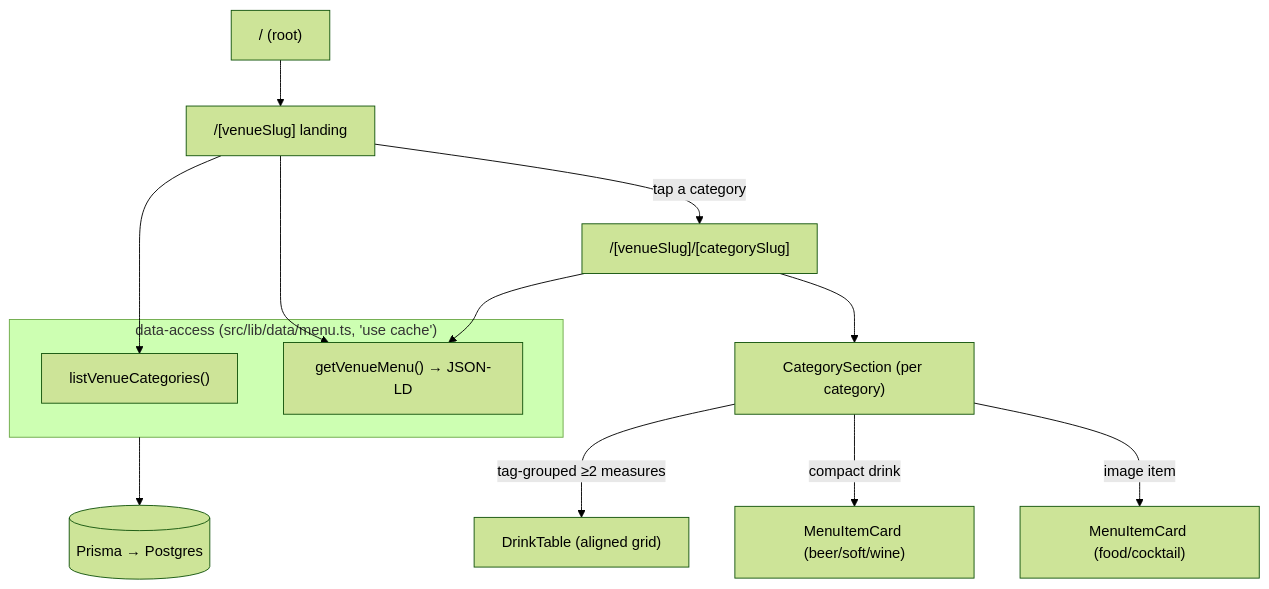
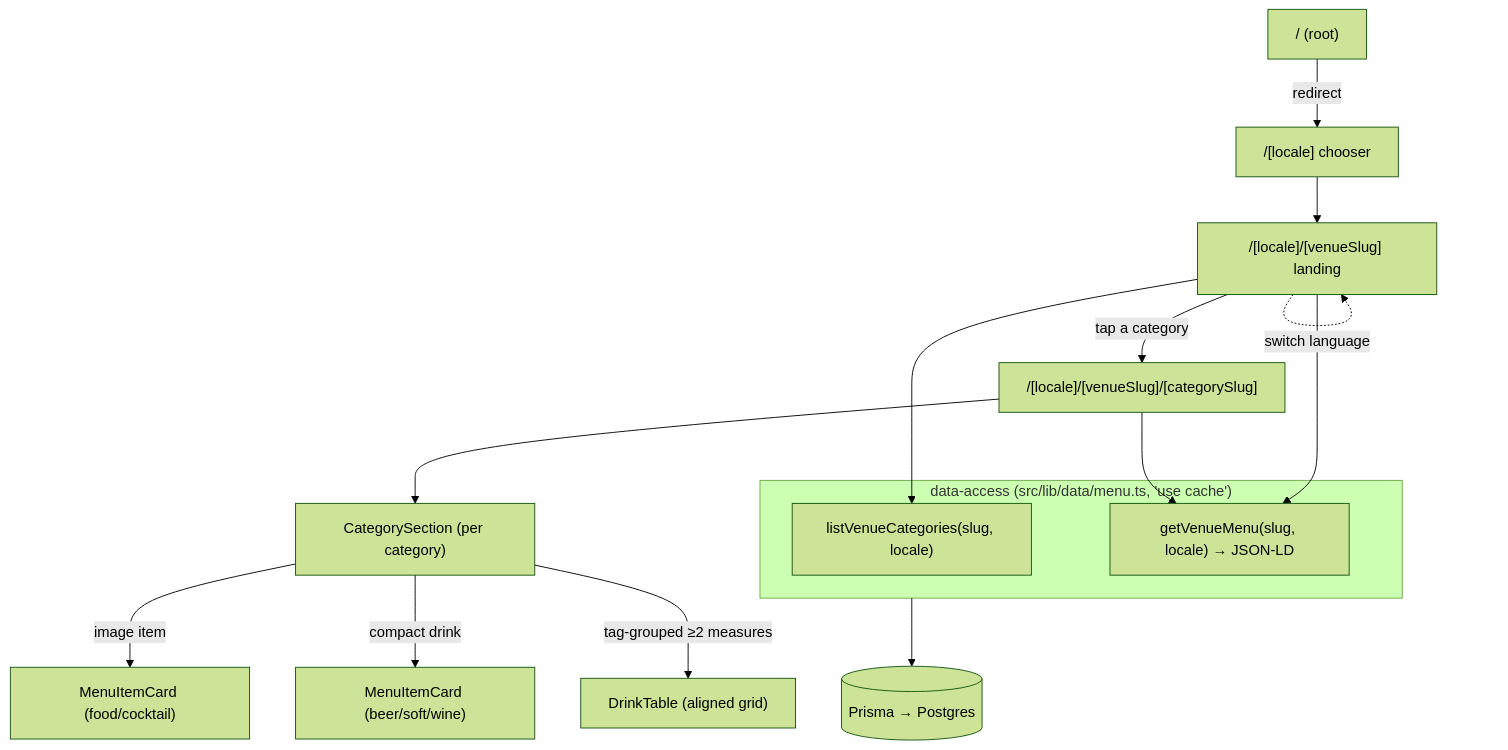
Before and after one commit to nihatckr/RestaurantMenu: the second of 4 diagrams in docs/DIAGRAMS.md, drawn with Mermaid (forest theme). The commit also changed 12 other files, not shown here.

````diff
--- a/docs/DIAGRAMS.md
+++ b/docs/DIAGRAMS.md
@@ -73,21 +73,23 @@
 ```mermaid
 flowchart TD
-  A["/ (root)"] --> B["/[venueSlug] landing"]
-  B -->|tap a category| C["/[venueSlug]/[categorySlug]"]
+  A["/ (root)"] -->|redirect| L["/[locale] chooser"]
+  L --> B["/[locale]/[venueSlug] landing"]
+  B -->|tap a category| C["/[locale]/[venueSlug]/[categorySlug]"]
+  B -.->|switch language| B
 
-  B --> DA1["listVenueCategories()"]
-  B --> DA2["getVenueMenu() → JSON-LD"]
+  B --> DA1["listVenueCategories(slug, locale)"]
+  B --> DA2["getVenueMenu(slug, locale) → JSON-LD"]
   C --> DA2
 
   subgraph DAL["data-access (src/lib/data/menu.ts, 'use cache')"]
     DA1
     DA2
   end
 
   DAL --> P[("Prisma → Postgres")]
 
   C --> CS["CategorySection (per category)"]
   CS -->|"image item"| MIC["MenuItemCard (food/cocktail)"]
   CS -->|"compact drink"| MIC2["MenuItemCard (beer/soft/wine)"]
   CS -->|"tag-grouped ≥2 measures"| DT["DrinkTable (aligned grid)"]
 ```
````
